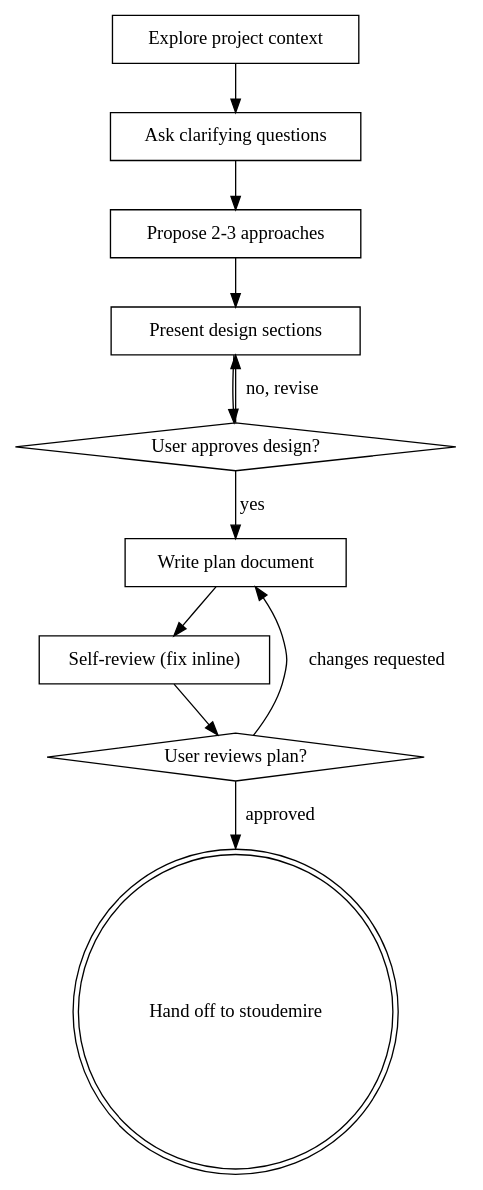
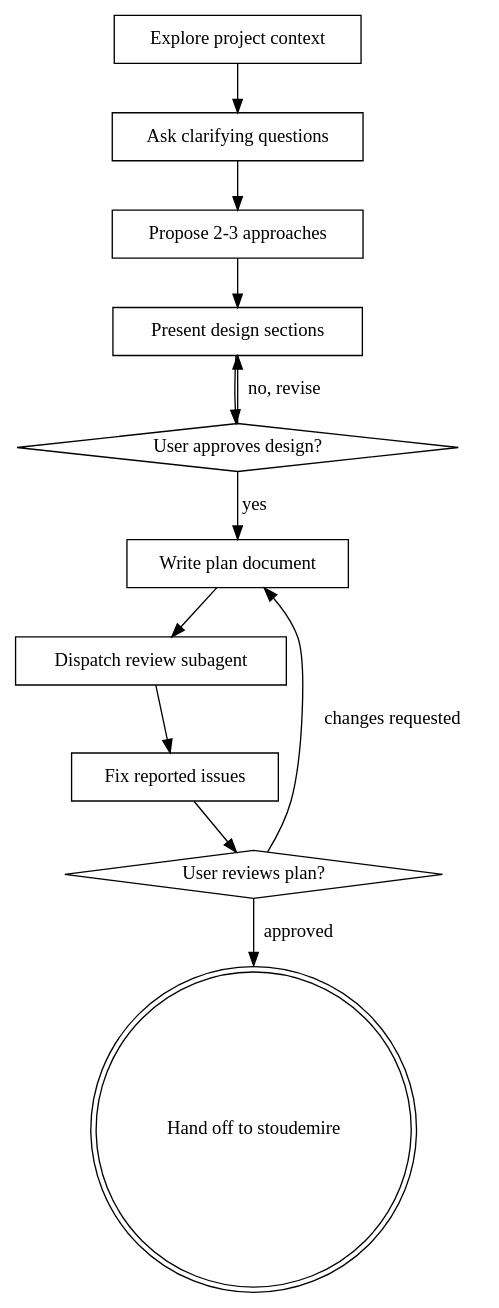
The diagram in skills/nash/SKILL.md (mattdrose/skills), drawn with Graphviz before and after one commit. The commit also changed other lines of this file and 1 other file, not shown here.

Commit message:
Update skills to use subagent reviewers

````diff
--- a/skills/nash/SKILL.md
+++ b/skills/nash/SKILL.md
@@ -32,24 +32,26 @@
 ```dot
 digraph nash {
     "Explore project context" [shape=box];
     "Ask clarifying questions" [shape=box];
     "Propose 2-3 approaches" [shape=box];
     "Present design sections" [shape=box];
     "User approves design?" [shape=diamond];
     "Write plan document" [shape=box];
-    "Self-review (fix inline)" [shape=box];
+    "Dispatch review subagent" [shape=box];
+    "Fix reported issues" [shape=box];
     "User reviews plan?" [shape=diamond];
     "Hand off to stoudemire" [shape=doublecircle];
 
     "Explore project context" -> "Ask clarifying questions";
     "Ask clarifying questions" -> "Propose 2-3 approaches";
     "Propose 2-3 approaches" -> "Present design sections";
     "Present design sections" -> "User approves design?";
     "User approves design?" -> "Present design sections" [label="no, revise"];
     "User approves design?" -> "Write plan document" [label="yes"];
-    "Write plan document" -> "Self-review (fix inline)";
-    "Self-review (fix inline)" -> "User reviews plan?";
+    "Write plan document" -> "Dispatch review subagent";
+    "Dispatch review subagent" -> "Fix reported issues";
+    "Fix reported issues" -> "User reviews plan?";
     "User reviews plan?" -> "Write plan document" [label="changes requested"];
     "User reviews plan?" -> "Hand off to stoudemire" [label="approved"];
 }
 ```
````
